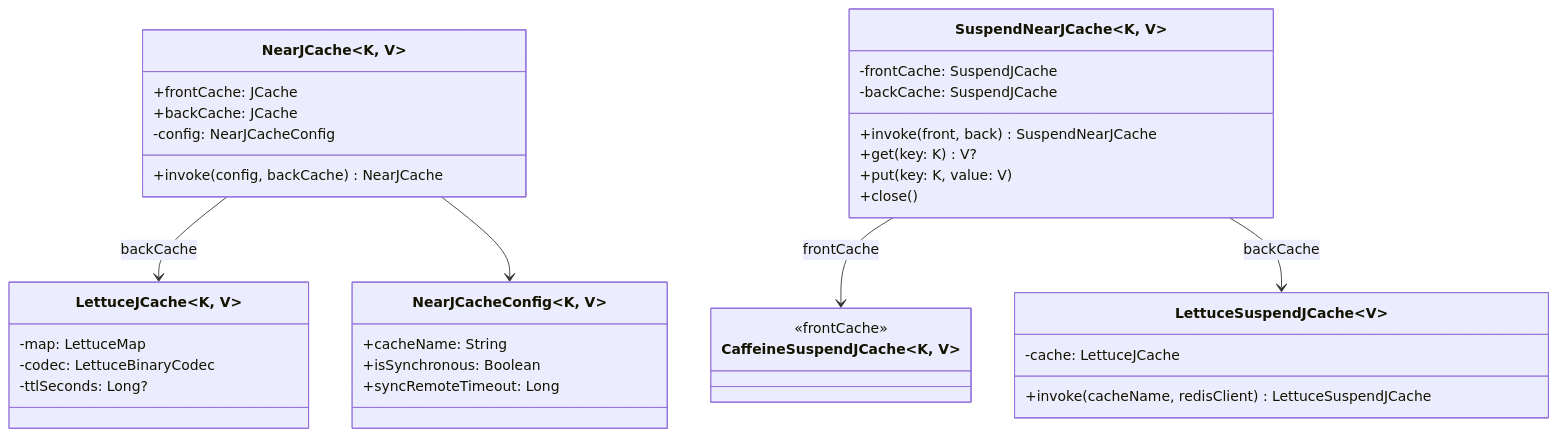
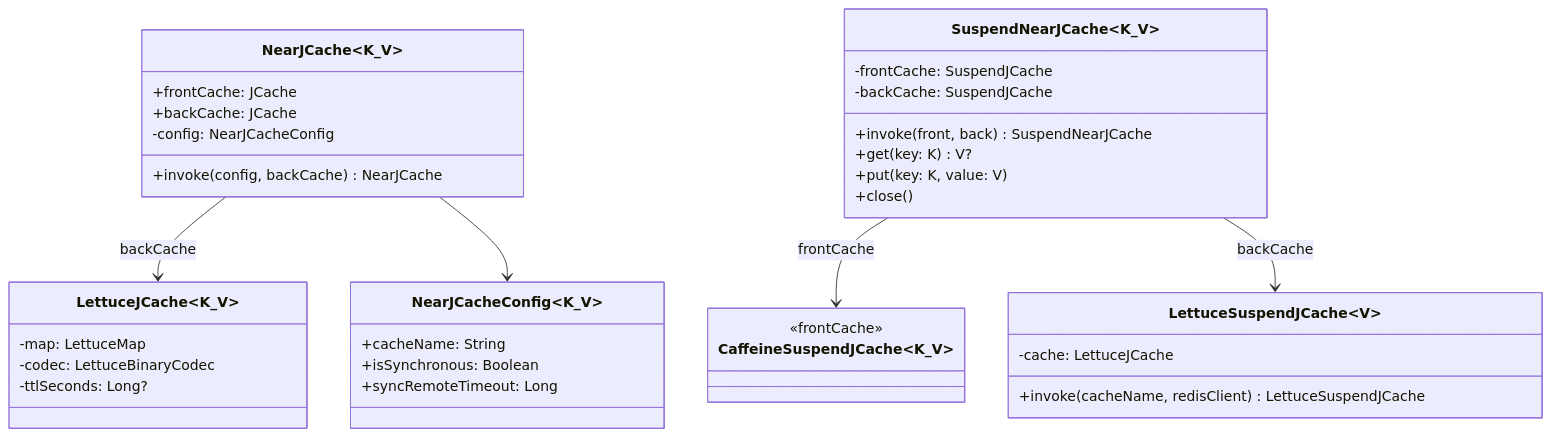
The first of 3 diagrams in infra/cache-lettuce/README.md (bluetape4k/bluetape4k-projects), drawn with Mermaid before and after one commit. The commit also changed other lines of this file and 95 other files, not shown here.

First line of the commit message:
docs: Mermaid 파서 오류 전체 수정 (IntelliJ IDEA 호환)

````diff
--- a/infra/cache-lettuce/README.md
+++ b/infra/cache-lettuce/README.md
@@ -88,44 +88,44 @@
 ```mermaid
 classDiagram
-    class NearJCache~K, V~ {
+    class NearJCache~K_V~ {
 +frontCache: JCache
 +backCache: JCache
 -config: NearJCacheConfig
         +invoke(config, backCache) NearJCache
     }
 
-class SuspendNearJCache~K, V~ {
+class SuspendNearJCache~K_V~ {
 -frontCache: SuspendJCache
 -backCache: SuspendJCache
         +invoke(front, back) SuspendNearJCache
         +get(key: K) V?
         +put(key: K, value: V)
         +close()
     }
 
-class LettuceJCache~K, V~ {
+class LettuceJCache~K_V~ {
 -map: LettuceMap
 -codec: LettuceBinaryCodec
         -ttlSeconds: Long?
     }
 
     class LettuceSuspendJCache~V~ {
 -cache: LettuceJCache
         +invoke(cacheName, redisClient) LettuceSuspendJCache
     }
 
-class CaffeineSuspendJCache~K, V~ {
+class CaffeineSuspendJCache~K_V~ {
 <<frontCache>>
     }
 
-class NearJCacheConfig~K, V~ {
+class NearJCacheConfig~K_V~ {
         +cacheName: String
         +isSynchronous: Boolean
         +syncRemoteTimeout: Long
     }
 
     NearJCache --> LettuceJCache: backCache
     SuspendNearJCache --> CaffeineSuspendJCache: frontCache
     SuspendNearJCache --> LettuceSuspendJCache: backCache
     NearJCache --> NearJCacheConfig
 ```
````
